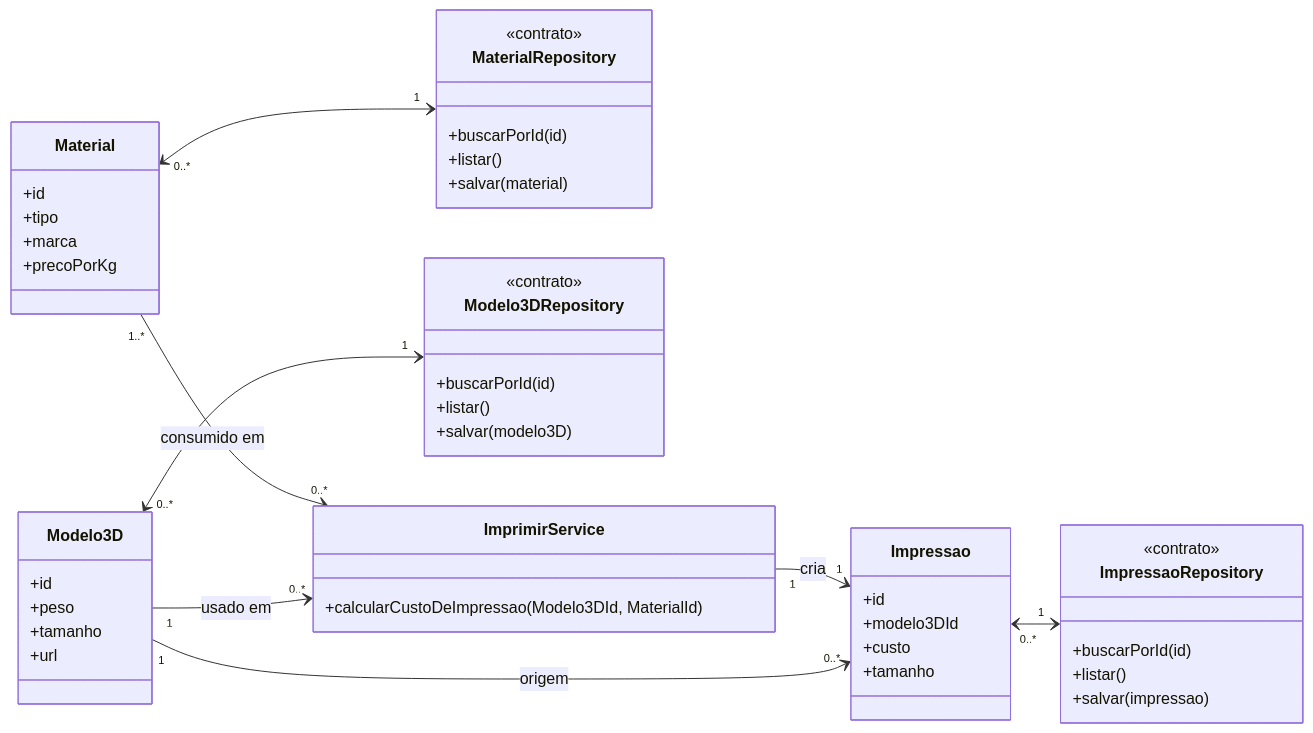
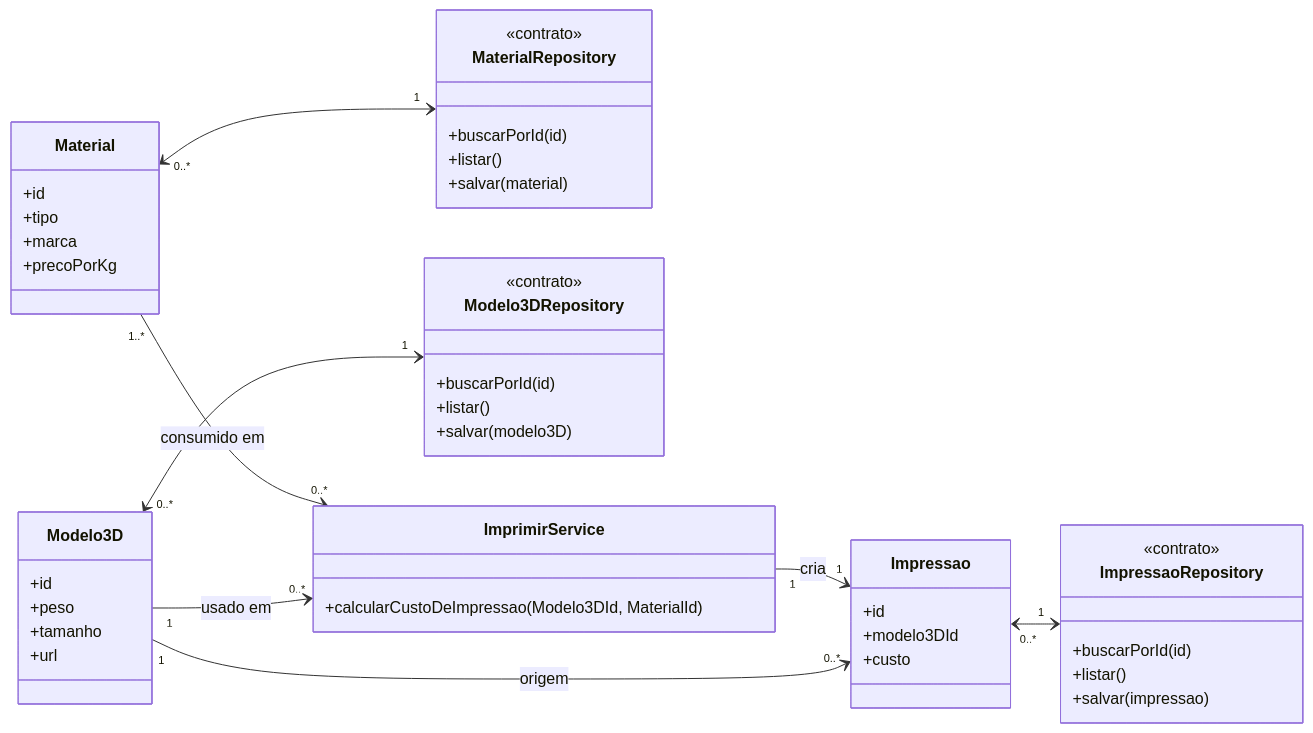
One commit to ffelipeoliveira/progweb-p1-felipe-oliveira changed the diagram in MODELAGEM.md. Above: the diagram before and after it, drawn with Mermaid. The commit also changed other lines of this file and 7 other files, not shown here.

````diff
--- a/MODELAGEM.md
+++ b/MODELAGEM.md
@@ -20,55 +20,54 @@
 ```mermaid
 classDiagram
   direction LR
 
   class Material {
     +id
     +tipo
     +marca
     +precoPorKg
   }
   class Modelo3D {
     +id
     +peso
     +tamanho
     +url
   }
   class Impressao {
     +id
     +modelo3DId
     +custo
-    +tamanho
   }
   class MaterialRepository {
     <<contrato>>
     +buscarPorId(id)
     +listar()
     +salvar(material)
   }
   class Modelo3DRepository {
     <<contrato>>
     +buscarPorId(id)
     +listar()
     +salvar(modelo3D)
   }
   class ImpressaoRepository {
     <<contrato>>
     +buscarPorId(id)
     +listar()
     +salvar(impressao)
   }
   class ImprimirService {
     +calcularCustoDeImpressao(Modelo3DId, MaterialId)
   }
 
   Material "1..*" --> "0..*" ImprimirService : consumido em
   Modelo3D "1" --> "0..*" ImprimirService : usado em
   ImprimirService "1" --> "1" Impressao : cria
   Modelo3D "1" --> "0..*" Impressao : origem
 
   Material "0..*" <--> "1" MaterialRepository
   Modelo3D "0..*" <--> "1" Modelo3DRepository
   Impressao "0..*" <--> "1" ImpressaoRepository
 
 
 ```
````
